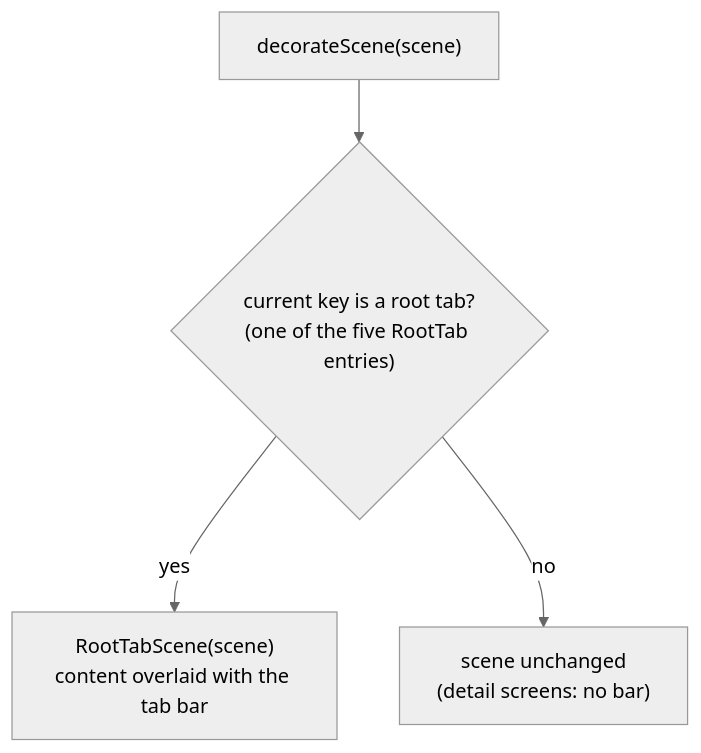
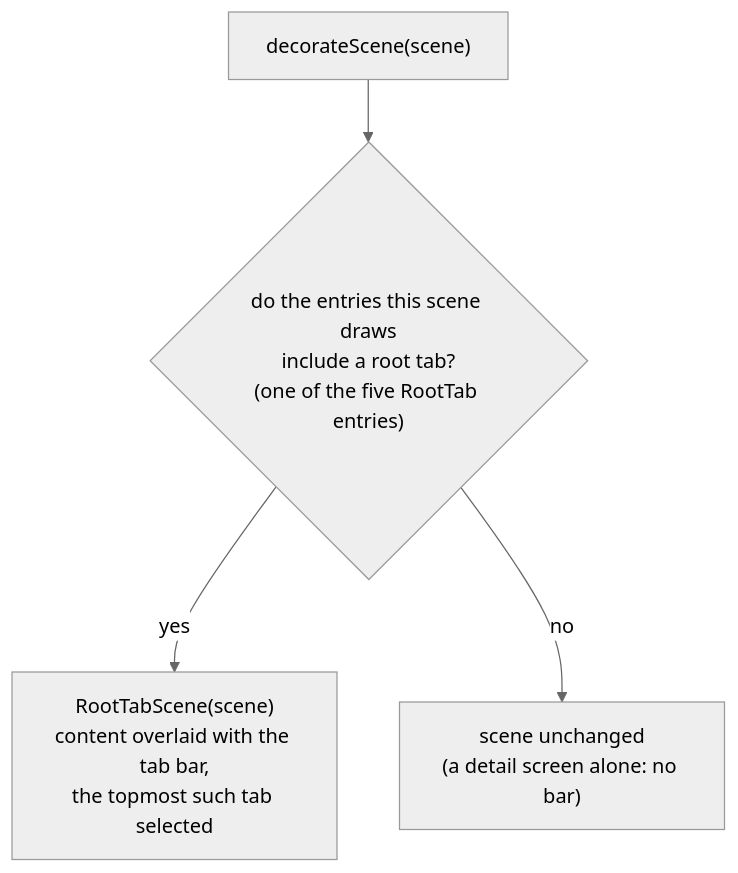
Before and after one commit to Cjsghkd/conference-app-2026: the diagram in docs/navigation-root-tab-bar.md, drawn with Mermaid (neutral theme). The commit also changed other lines of this file and 3 other files, not shown here.

First line of the commit message:
Keep the root tab bar while a list-detail scene shows its list pane

````diff
--- a/docs/navigation-root-tab-bar.md
+++ b/docs/navigation-root-tab-bar.md
@@ -9,6 +9,6 @@
 ```mermaid
 flowchart TD
-  a["decorateScene(scene)"] --> b{"current key is a root tab?<br/>(one of the five RootTab entries)"}
-  b -- yes --> c["RootTabScene(scene)<br/>content overlaid with the tab bar"]
-  b -- no --> d["scene unchanged<br/>(detail screens: no bar)"]
+  a["decorateScene(scene)"] --> b{"do the entries this scene draws<br/>include a root tab?<br/>(one of the five RootTab entries)"}
+  b -- yes --> c["RootTabScene(scene)<br/>content overlaid with the tab bar,<br/>the topmost such tab selected"]
+  b -- no --> d["scene unchanged<br/>(a detail screen alone: no bar)"]
 ```
````
